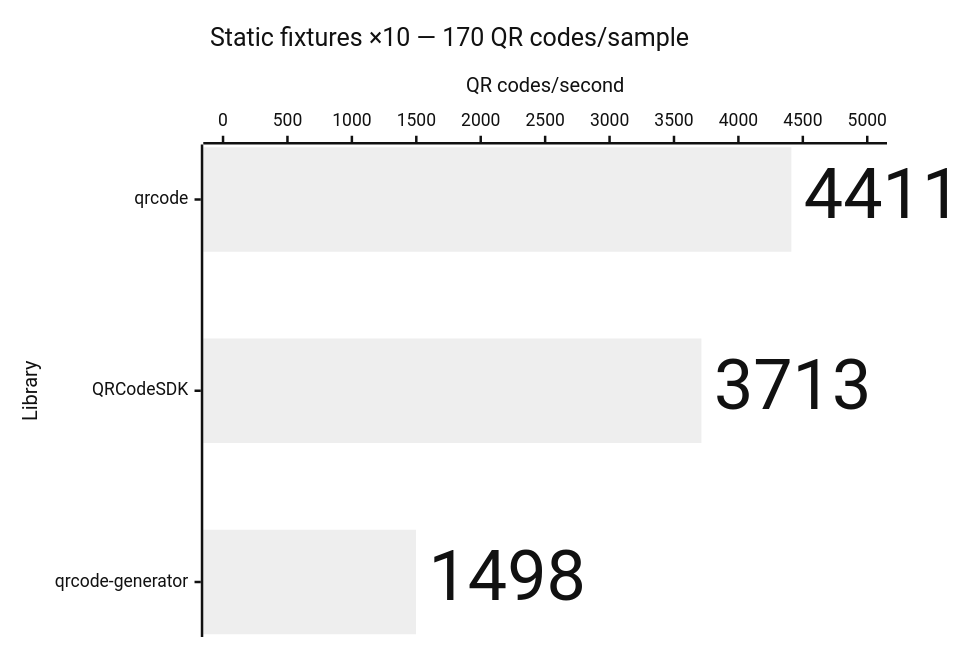
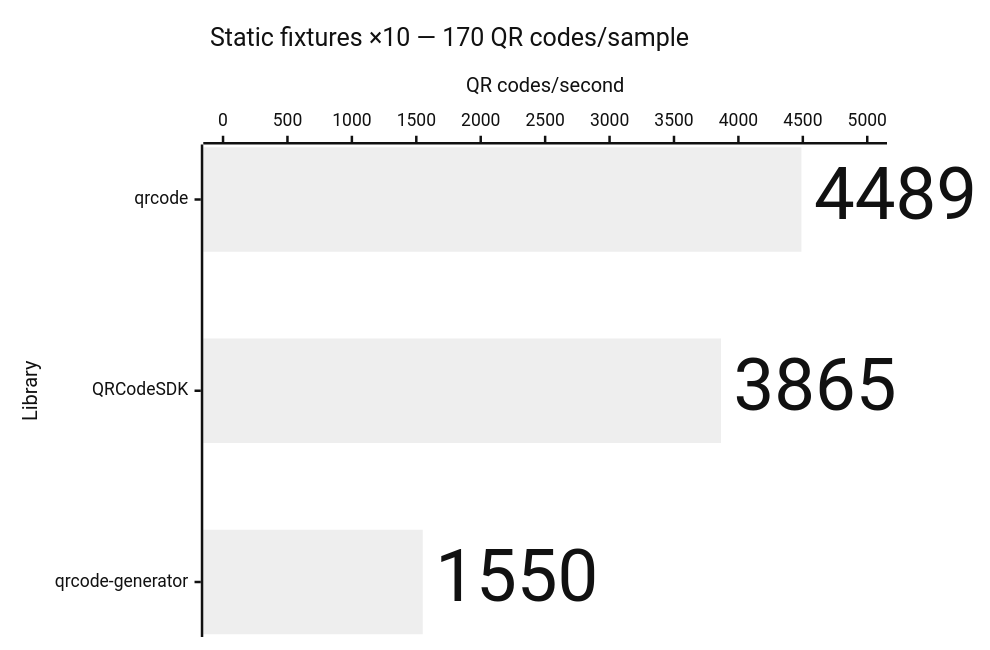
Before and after one commit to Dafnik/qrcodesdk: the ninth of 14 diagrams in apps/docs/src/content/docs/learn/performance.md, drawn with Mermaid (neutral theme). The commit also changed other lines of this file, not shown here.

````diff
--- a/apps/docs/src/content/docs/learn/performance.md
+++ b/apps/docs/src/content/docs/learn/performance.md
@@ -198,15 +198,15 @@
 ```mermaid
 ---
 config:
   xyChart:
     showDataLabel: true
     showDataLabelOutsideBar: true
 ---
 xychart horizontal
   accTitle: SVG generation: Static fixtures ×10 — 170 QR codes/sample
-  accDescr: Throughput calculated from median time. qrcode 4,411 QR codes per second, QRCodeSDK 3,713 QR codes per second, qrcode-generator 1,498 QR codes per second. Higher is better.
+  accDescr: Throughput calculated from median time. qrcode 4,489 QR codes per second, QRCodeSDK 3,865 QR codes per second, qrcode-generator 1,550 QR codes per second. Higher is better.
   title "Static fixtures ×10 — 170 QR codes/sample"
   x-axis "Library" ["qrcode", "QRCodeSDK", "qrcode-generator"]
   y-axis "QR codes/second" 0 --> 5000
-  bar [4411, 3713, 1498]
+  bar [4489, 3865, 1550]
 ```
````
